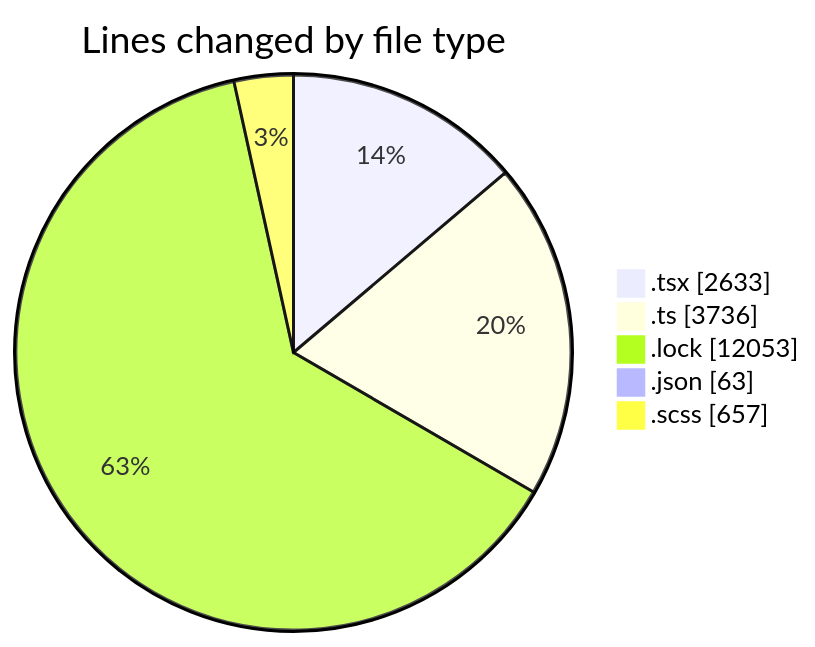
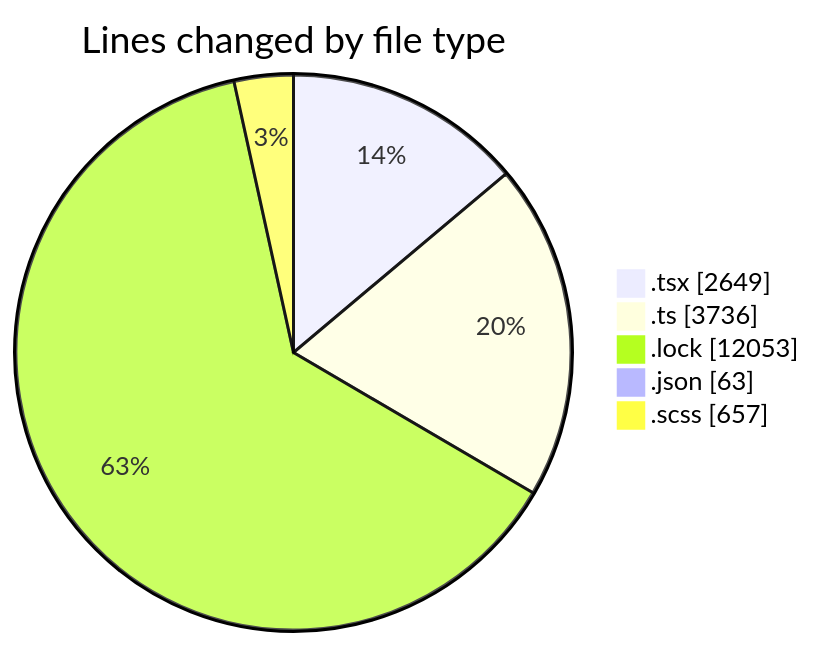
Before and after one commit to momahboobian/code-tracking: the first of 2 diagrams in 2025-12-03/cda/README.md, drawn with Mermaid. The commit also changed other lines of this file and 1 other file, not shown here.

````diff
--- a/2025-12-03/cda/README.md
+++ b/2025-12-03/cda/README.md
@@ -30,9 +30,9 @@
 ```mermaid
 pie showData
 title Lines changed by file type
-".tsx" : 2633
+".tsx" : 2649
 ".ts" : 3736
 ".lock" : 12053
 ".json" : 63
 ".scss" : 657
 ```
````
